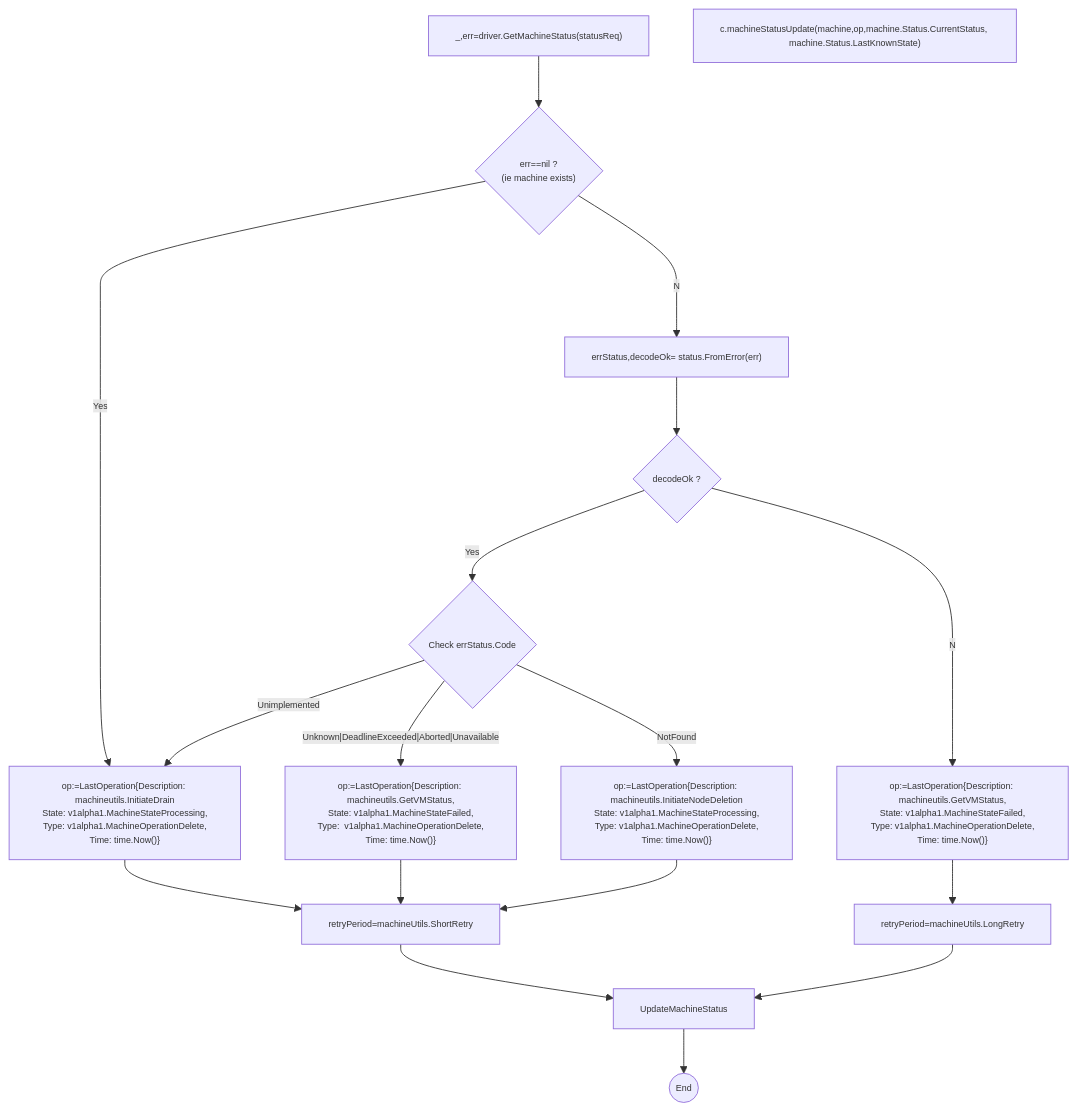
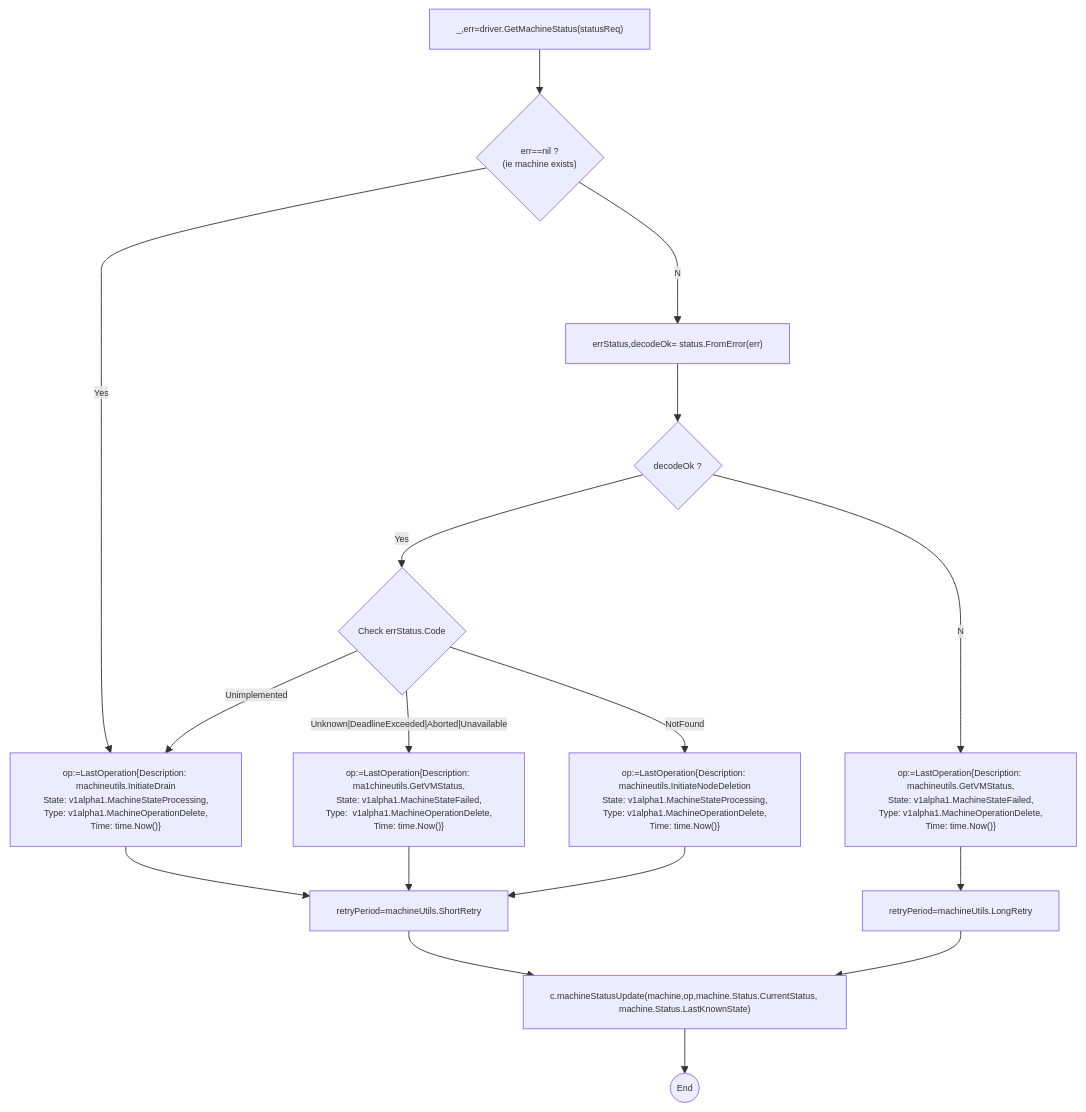
The fifth of 7 diagrams in src/machine-controller/cluster_machine_reconcile.md (elankath/mcmdesign), drawn with Mermaid before and after one commit. The commit also changed other lines of this file and 4 other files, not shown here.

Commit message:
fixed MC trigger creation flow diag

````diff
--- a/src/machine-controller/cluster_machine_reconcile.md
+++ b/src/machine-controller/cluster_machine_reconcile.md
@@ -393,56 +406,56 @@
 ```mermaid
 %%{init: {'themeVariables': { 'fontSize': '10px'}, "flowchart": {"useMaxWidth": false }}}%%
 flowchart TD
 
 GetMachineStatus["_,err=driver.GetMachineStatus(statusReq)"]
 ChkMachineExists{"err==nil ?\n (ie machine exists)"}
 DecodeErrorStatus["errStatus,decodeOk= status.FromError(err)"]
 CheckDecodeOk{"decodeOk ?"}
 
 CheckErrStatusCode{"Check errStatus.Code"}
 
 CreateDrainOp["op:=LastOperation{Description: machineutils.InitiateDrain
 State: v1alpha1.MachineStateProcessing,
 Type: v1alpha1.MachineOperationDelete,
 Time: time.Now()}"]
 
 CreateNodeDelOp["op:=LastOperation{Description: machineutils.InitiateNodeDeletion
 State: v1alpha1.MachineStateProcessing,
 Type: v1alpha1.MachineOperationDelete,
 Time: time.Now()}"]
 
 CreateDecodeFailedOp["op:=LastOperation{Description: machineutils.GetVMStatus,
 State: v1alpha1.MachineStateFailed,
 Type: v1alpha1.MachineOperationDelete,
 Time: time.Now()}"]
 
-CreaterRetryVMStatusOp["op:=LastOperation{Description: machineutils.GetVMStatus,
+CreaterRetryVMStatusOp["op:=LastOperation{Description: ma1chineutils.GetVMStatus,
 State: v1alpha1.MachineStateFailed,
 Type:  v1alpha1.MachineOperationDelete,
 Time: time.Now()}"]
 
 ShortR["retryPeriod=machineUtils.ShortRetry"]
 LongR["retryPeriod=machineUtils.LongRetry"]
-MachineStatusUpdate["c.machineStatusUpdate(machine,op,machine.Status.CurrentStatus, machine.Status.LastKnownState)"]
+UpdateMachineStatus["c.machineStatusUpdate(machine,op,machine.Status.CurrentStatus, machine.Status.LastKnownState)"]
 
 Z(("End"))
 
 GetMachineStatus-->ChkMachineExists
 
 ChkMachineExists--Yes-->CreateDrainOp
 ChkMachineExists--No-->DecodeErrorStatus
 DecodeErrorStatus-->CheckDecodeOk
 CheckDecodeOk--Yes-->CheckErrStatusCode
 CheckDecodeOk--No-->CreateDecodeFailedOp
 CreateDecodeFailedOp-->LongR
 CheckErrStatusCode--"Unimplemented"-->CreateDrainOp
 CheckErrStatusCode--"Unknown|DeadlineExceeded|Aborted|Unavailable"-->CreaterRetryVMStatusOp
 CheckErrStatusCode--"NotFound"-->CreateNodeDelOp
 CreaterRetryVMStatusOp-->ShortR
 
 CreateDrainOp-->ShortR
 CreateNodeDelOp-->ShortR
 ShortR-->UpdateMachineStatus
 LongR-->UpdateMachineStatus
 UpdateMachineStatus-->Z
 ```
````
